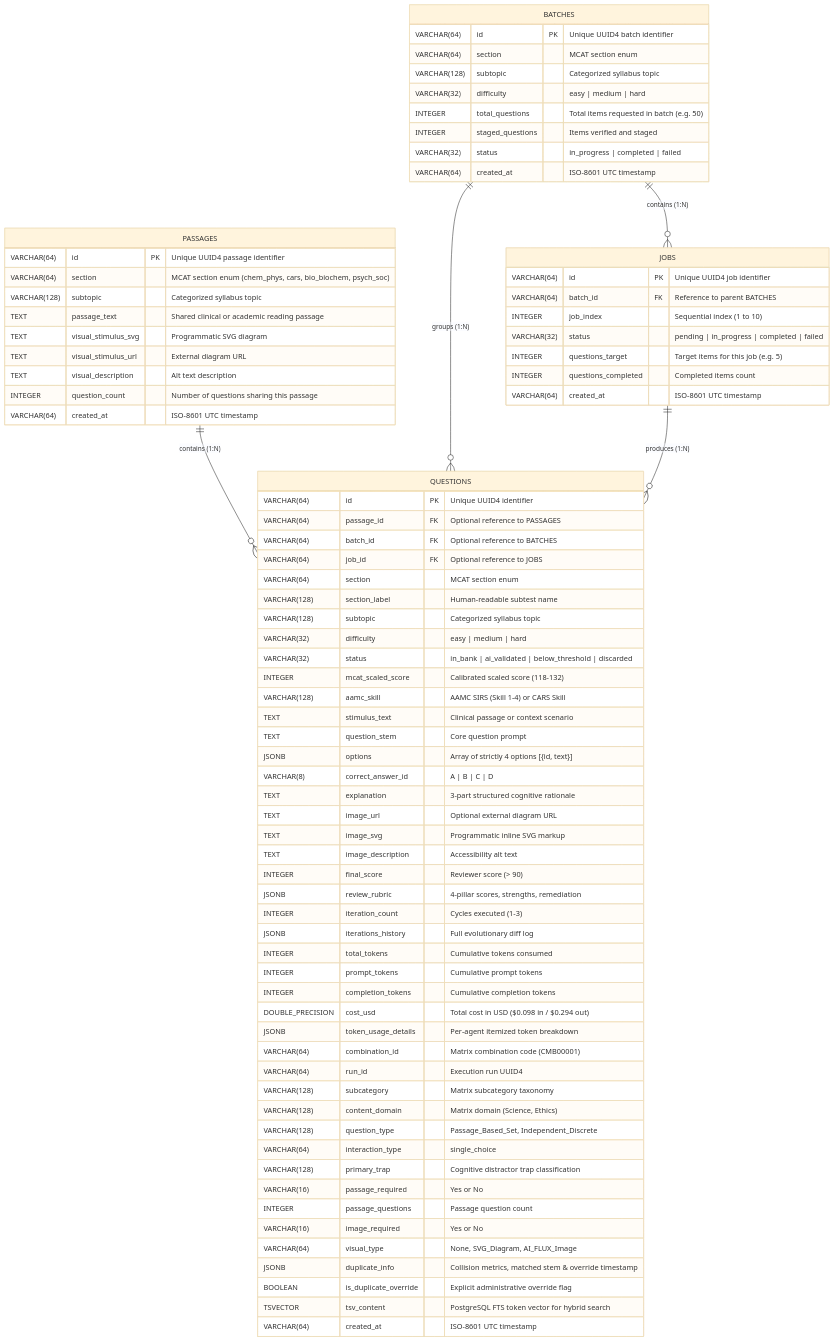
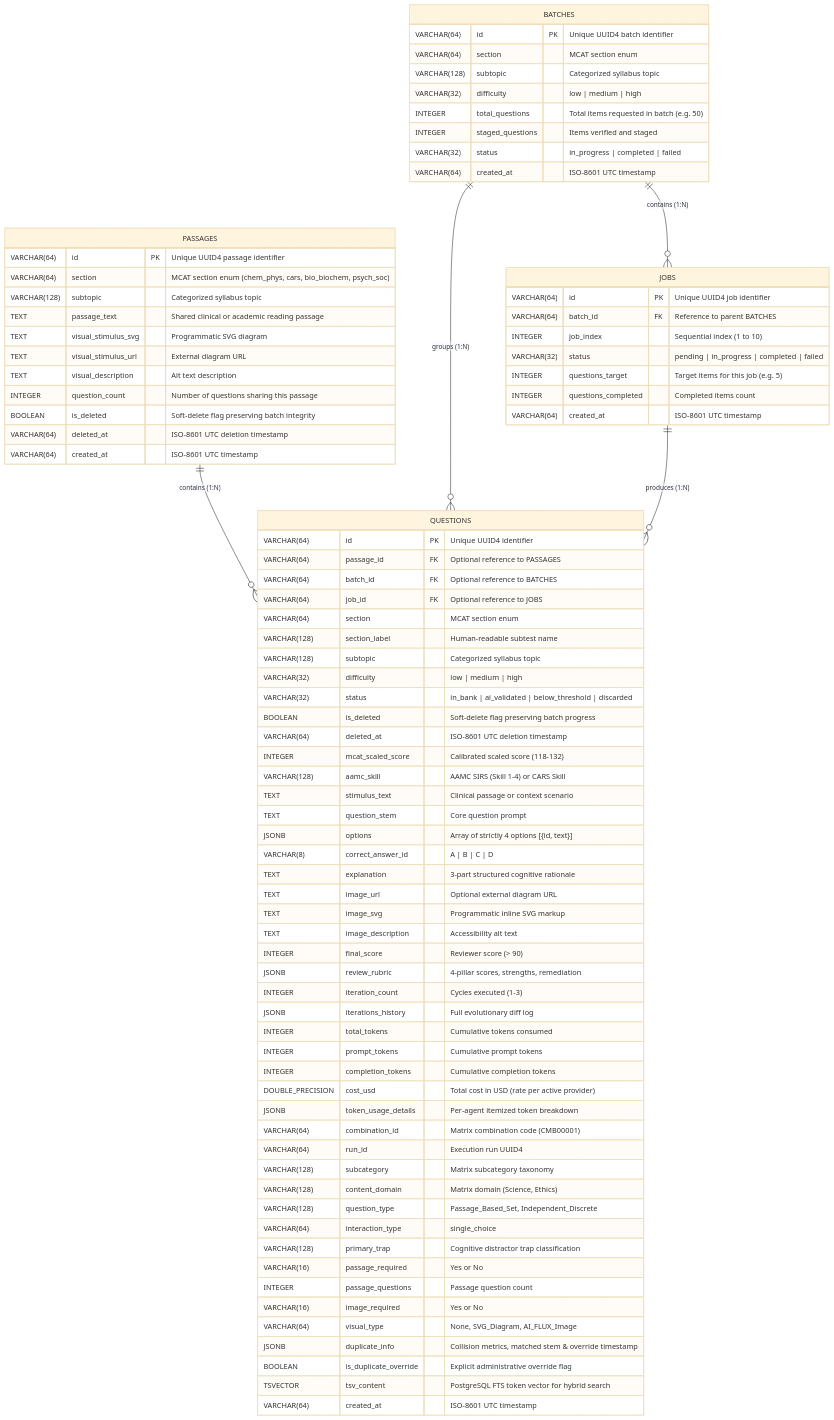
The fifth of 6 diagrams in docs/ARCHITECTURE.md (VishwamPatel-Infynno/MCAT-Question-Bank-Generator), drawn with Mermaid (base theme) before and after one commit. The commit also changed other lines of this file and 12 other files, not shown here.

```diff
--- a/docs/ARCHITECTURE.md
+++ b/docs/ARCHITECTURE.md
@@ -441,6 +459,8 @@
         TEXT visual_stimulus_url "External diagram URL"
         TEXT visual_description "Alt text description"
         INTEGER question_count "Number of questions sharing this passage"
+        BOOLEAN is_deleted "Soft-delete flag preserving batch integrity"
+        VARCHAR(64) deleted_at "ISO-8601 UTC deletion timestamp"
         VARCHAR(64) created_at "ISO-8601 UTC timestamp"
     }
 
@@ -448,7 +468,7 @@
         VARCHAR(64) id PK "Unique UUID4 batch identifier"
         VARCHAR(64) section "MCAT section enum"
         VARCHAR(128) subtopic "Categorized syllabus topic"
-        VARCHAR(32) difficulty "easy | medium | hard"
+        VARCHAR(32) difficulty "low | medium | high"
         INTEGER total_questions "Total items requested in batch (e.g. 50)"
         INTEGER staged_questions "Items verified and staged"
         VARCHAR(32) status "in_progress | completed | failed"
@@ -473,8 +493,10 @@
         VARCHAR(64) section "MCAT section enum"
         VARCHAR(128) section_label "Human-readable subtest name"
         VARCHAR(128) subtopic "Categorized syllabus topic"
-        VARCHAR(32) difficulty "easy | medium | hard"
+        VARCHAR(32) difficulty "low | medium | high"
         VARCHAR(32) status "in_bank | ai_validated | below_threshold | discarded"
+        BOOLEAN is_deleted "Soft-delete flag preserving batch progress"
+        VARCHAR(64) deleted_at "ISO-8601 UTC deletion timestamp"
         INTEGER mcat_scaled_score "Calibrated scaled score (118-132)"
         VARCHAR(128) aamc_skill "AAMC SIRS (Skill 1-4) or CARS Skill"
         TEXT stimulus_text "Clinical passage or context scenario"
@@ -492,7 +514,7 @@
         INTEGER total_tokens "Cumulative tokens consumed"
         INTEGER prompt_tokens "Cumulative prompt tokens"
         INTEGER completion_tokens "Cumulative completion tokens"
-        DOUBLE_PRECISION cost_usd "Total cost in USD ($0.098 in / $0.294 out)"
+        DOUBLE_PRECISION cost_usd "Total cost in USD (rate per active provider)"
         JSONB token_usage_details "Per-agent itemized token breakdown"
         VARCHAR(64) combination_id "Matrix combination code (CMB00001)"
         VARCHAR(64) run_id "Execution run UUID4"
```
